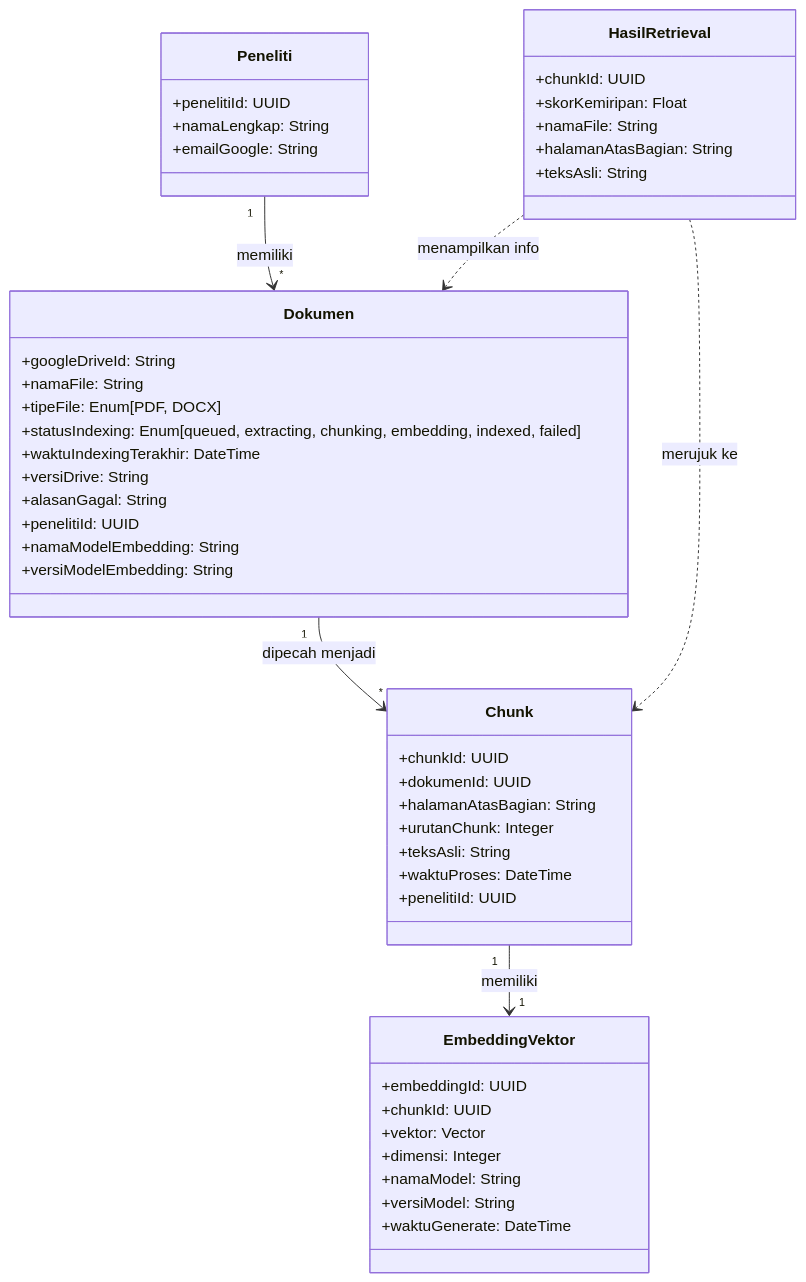
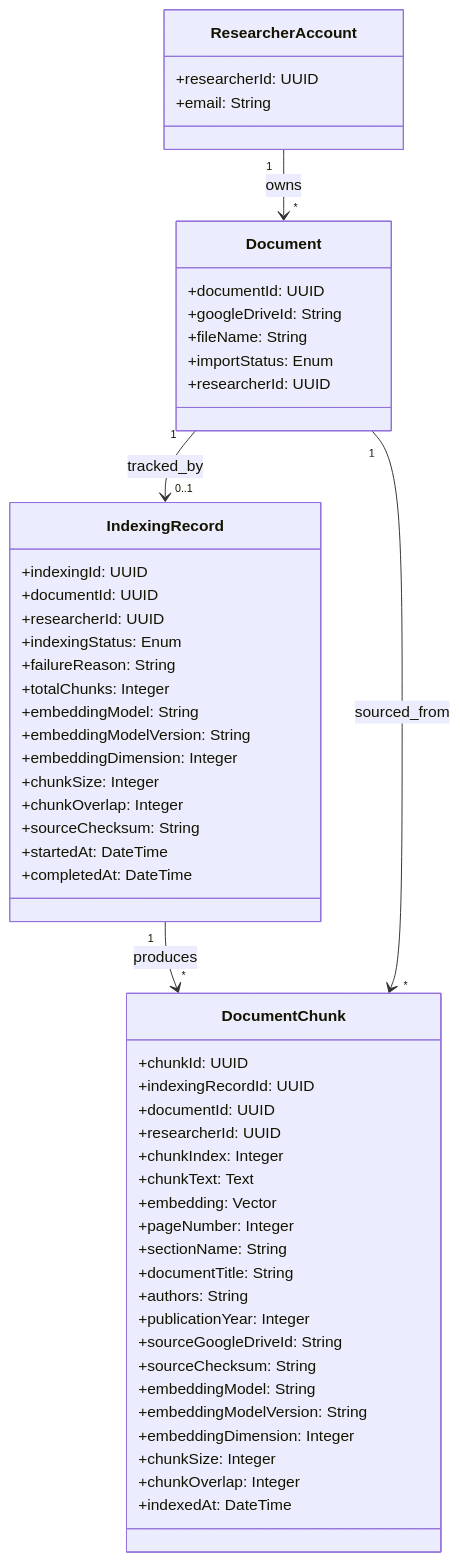
One commit to Gzaa19/Telaah changed the third of 3 diagrams in specs/003-document-indexing-embedding/spec.md. Above: the diagram before and after it, drawn with Mermaid. The commit also changed other lines of this file and 1 other file, not shown here.

First line of the commit message:
feat(specs): add UC-03 Document Indexing and Local Embedding specification

````diff
--- a/specs/003-document-indexing-embedding/spec.md
+++ b/specs/003-document-indexing-embedding/spec.md
@@ -189,55 +227,60 @@
 ```mermaid
 classDiagram
-    class Dokumen {
-        +googleDriveId: String
-        +namaFile: String
-        +tipeFile: Enum[PDF, DOCX]
-        +statusIndexing: Enum[queued, extracting, chunking, embedding, indexed, failed]
-        +waktuIndexingTerakhir: DateTime
-        +versiDrive: String
-        +alasanGagal: String
-        +penelitiId: UUID
-        +namaModelEmbedding: String
-        +versiModelEmbedding: String
+    class IndexingRecord {
+        +indexingId: UUID
+        +documentId: UUID
+        +researcherId: UUID
+        +indexingStatus: Enum
+        +failureReason: String
+        +totalChunks: Integer
+        +embeddingModel: String
+        +embeddingModelVersion: String
+        +embeddingDimension: Integer
+        +chunkSize: Integer
+        +chunkOverlap: Integer
+        +sourceChecksum: String
+        +startedAt: DateTime
+        +completedAt: DateTime
     }
 
-    class Chunk {
+    class DocumentChunk {
         +chunkId: UUID
-        +dokumenId: UUID
-        +halamanAtasBagian: String
-        +urutanChunk: Integer
-        +teksAsli: String
-        +waktuProses: DateTime
-        +penelitiId: UUID
+        +indexingRecordId: UUID
+        +documentId: UUID
+        +researcherId: UUID
+        +chunkIndex: Integer
+        +chunkText: Text
+        +embedding: Vector
+        +pageNumber: Integer
+        +sectionName: String
+        +documentTitle: String
+        +authors: String
+        +publicationYear: Integer
+        +sourceGoogleDriveId: String
+        +sourceChecksum: String
+        +embeddingModel: String
+        +embeddingModelVersion: String
+        +embeddingDimension: Integer
+        +chunkSize: Integer
+        +chunkOverlap: Integer
+        +indexedAt: DateTime
     }
 
-    class EmbeddingVektor {
-        +embeddingId: UUID
-        +chunkId: UUID
-        +vektor: Vector
-        +dimensi: Integer
-        +namaModel: String
-        +versiModel: String
-        +waktuGenerate: DateTime
+    class Document {
+        +documentId: UUID
+        +googleDriveId: String
+        +fileName: String
+        +importStatus: Enum
+        +researcherId: UUID
     }
 
-    class Peneliti {
-        +penelitiId: UUID
-        +namaLengkap: String
-        +emailGoogle: String
+    class ResearcherAccount {
+        +researcherId: UUID
+        +email: String
     }
 
-    class HasilRetrieval {
-        +chunkId: UUID
-        +skorKemiripan: Float
-        +namaFile: String
-        +halamanAtasBagian: String
-        +teksAsli: String
-    }
-
-    Peneliti "1" --> "*" Dokumen : memiliki
-    Dokumen "1" --> "*" Chunk : dipecah menjadi
-    Chunk "1" --> "1" EmbeddingVektor : memiliki
-    HasilRetrieval ..> Chunk : merujuk ke
-    HasilRetrieval ..> Dokumen : menampilkan info
+    ResearcherAccount "1" --> "*" Document : owns
+    Document "1" --> "0..1" IndexingRecord : tracked_by
+    IndexingRecord "1" --> "*" DocumentChunk : produces
+    Document "1" --> "*" DocumentChunk : sourced_from
 ```
````
